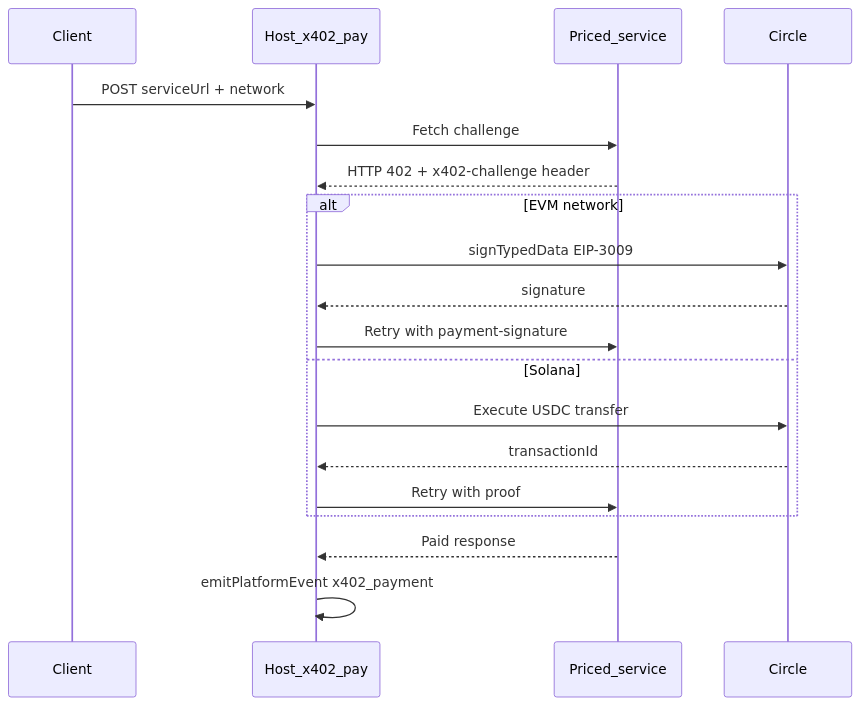
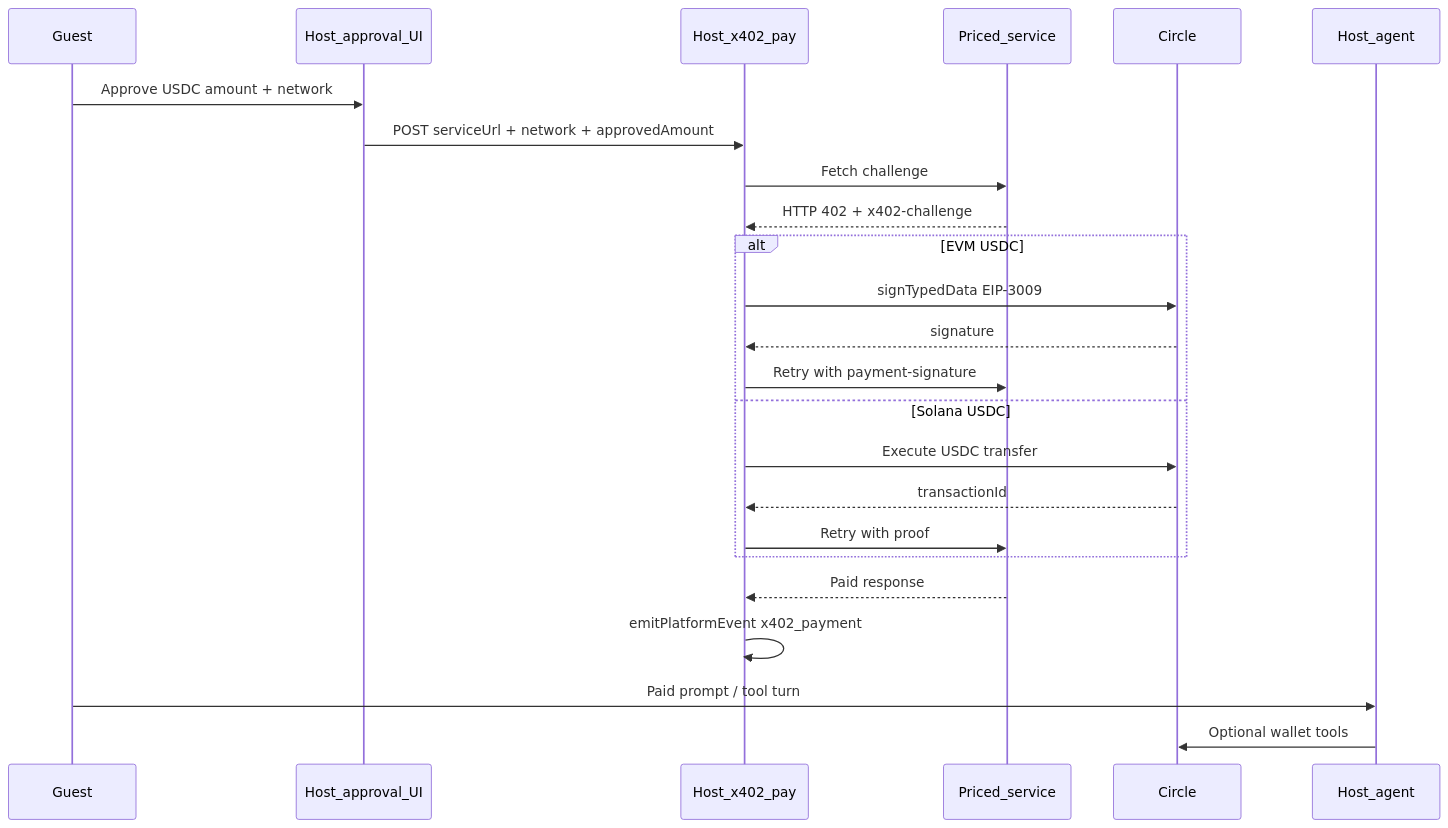
Before and after one commit to Effisend-Labs/Open-Dome: the fourth of 4 diagrams in AGENTS.md, drawn with Mermaid. The commit also changed other lines of this file and 39 other files, not shown here.

````diff
--- a/AGENTS.md
+++ b/AGENTS.md
@@ -270,22 +299,27 @@
 ```mermaid
 sequenceDiagram
-  participant Client
+  participant Guest
+  participant HostUI as Host_approval_UI
   participant PayAPI as Host_x402_pay
   participant Service as Priced_service
   participant Circle
+  participant Agent as Host_agent
 
-  Client->>PayAPI: POST serviceUrl + network
+  Guest->>HostUI: Approve USDC amount + network
+  HostUI->>PayAPI: POST serviceUrl + network + approvedAmount
   PayAPI->>Service: Fetch challenge
-  Service-->>PayAPI: HTTP 402 + x402-challenge header
-  alt EVM network
+  Service-->>PayAPI: HTTP 402 + x402-challenge
+  alt EVM USDC
     PayAPI->>Circle: signTypedData EIP-3009
     Circle-->>PayAPI: signature
     PayAPI->>Service: Retry with payment-signature
-  else Solana
+  else Solana USDC
     PayAPI->>Circle: Execute USDC transfer
     Circle-->>PayAPI: transactionId
     PayAPI->>Service: Retry with proof
   end
   Service-->>PayAPI: Paid response
   PayAPI->>PayAPI: emitPlatformEvent x402_payment
+  Guest->>Agent: Paid prompt / tool turn
+  Agent->>Circle: Optional wallet tools
 ```
````
